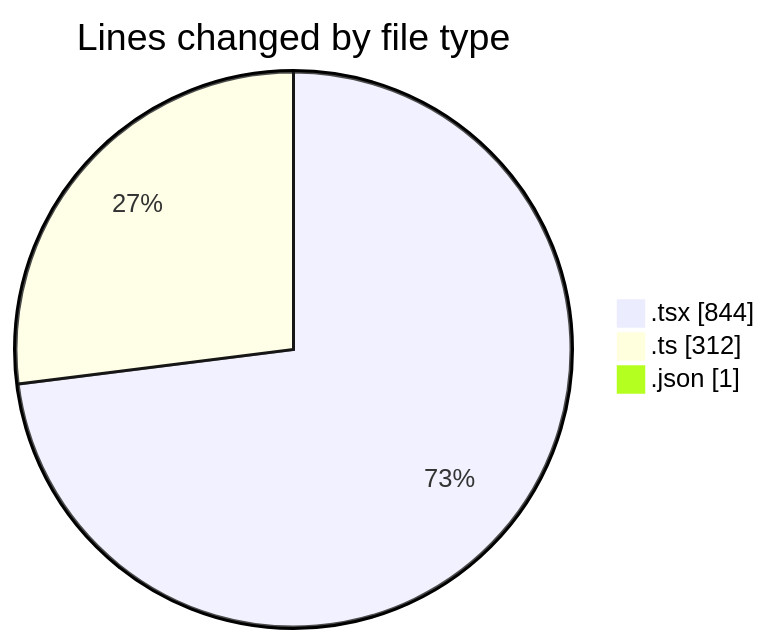
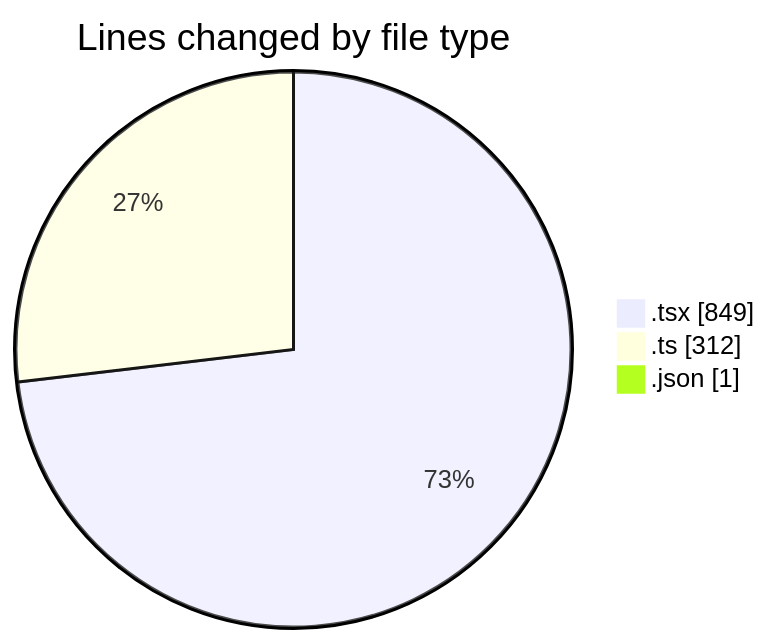
One commit to julien-gomy/code-tracking changed the first of 2 diagrams in 2025-10-08/eventscop-frontend-guide__workspace_/README.md. Above: the diagram before and after it, drawn with Mermaid. The commit also changed other lines of this file and 1 other file, not shown here.

````diff
--- a/2025-10-08/eventscop-frontend-guide__workspace_/README.md
+++ b/2025-10-08/eventscop-frontend-guide__workspace_/README.md
@@ -27,7 +27,7 @@
 ```mermaid
 pie showData
 title Lines changed by file type
-".tsx" : 844
+".tsx" : 849
 ".ts" : 312
 ".json" : 1
 ```
````
